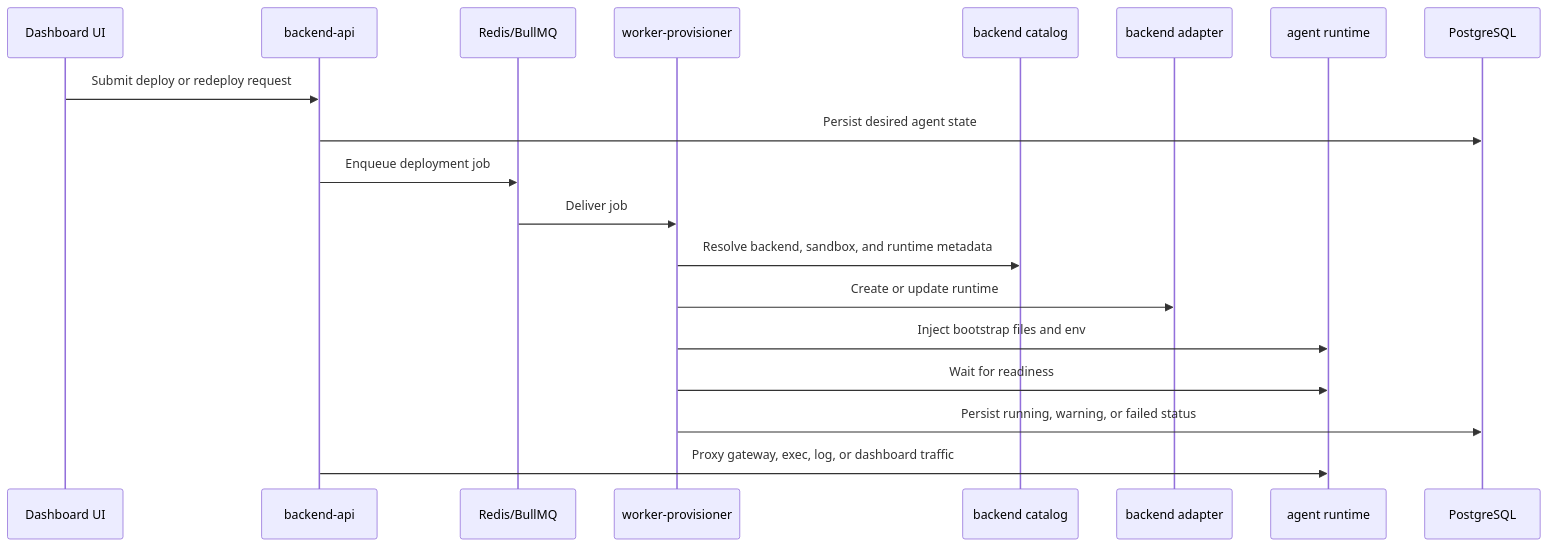
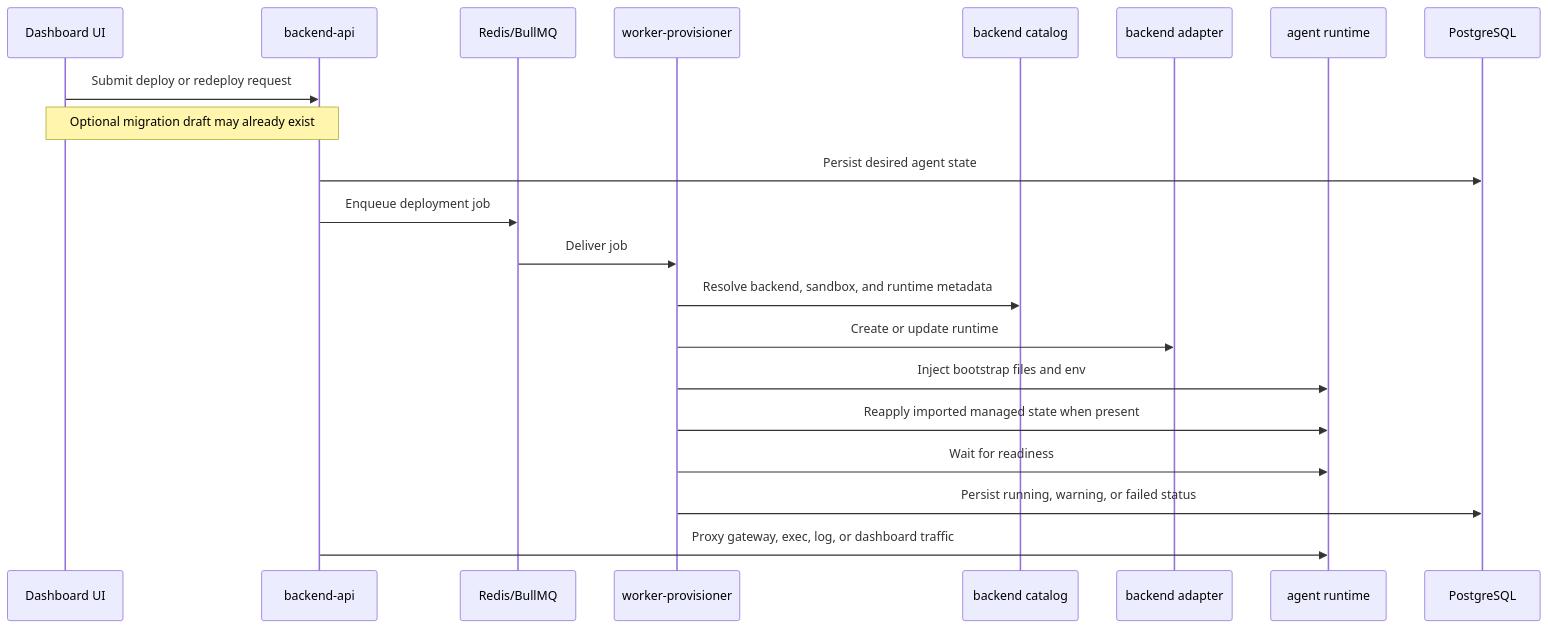
Before and after one commit to mrn55/nora: the third of 4 diagrams in architecture.md, drawn with Mermaid. The commit also changed other lines of this file and 20 other files, not shown here.

````diff
--- a/architecture.md
+++ b/architecture.md
@@ -119,22 +154,24 @@
 ```mermaid
 sequenceDiagram
     participant UI as Dashboard UI
     participant API as backend-api
     participant Queue as Redis/BullMQ
     participant Worker as worker-provisioner
     participant Catalog as backend catalog
     participant Adapter as backend adapter
     participant Runtime as agent runtime
     participant DB as PostgreSQL
 
     UI->>API: Submit deploy or redeploy request
+    Note over UI,API: Optional migration draft may already exist
     API->>DB: Persist desired agent state
     API->>Queue: Enqueue deployment job
     Queue->>Worker: Deliver job
     Worker->>Catalog: Resolve backend, sandbox, and runtime metadata
     Worker->>Adapter: Create or update runtime
     Worker->>Runtime: Inject bootstrap files and env
+    Worker->>Runtime: Reapply imported managed state when present
     Worker->>Runtime: Wait for readiness
     Worker->>DB: Persist running, warning, or failed status
     API->>Runtime: Proxy gateway, exec, log, or dashboard traffic
 ```
````
